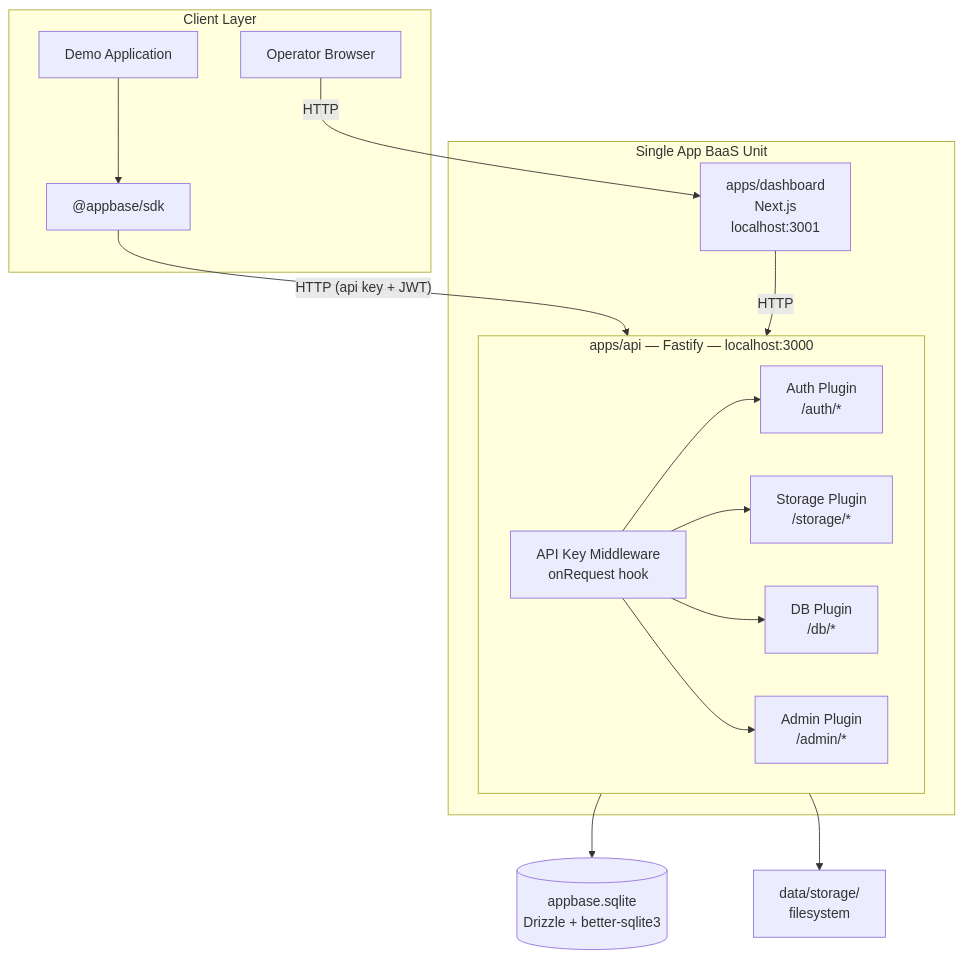
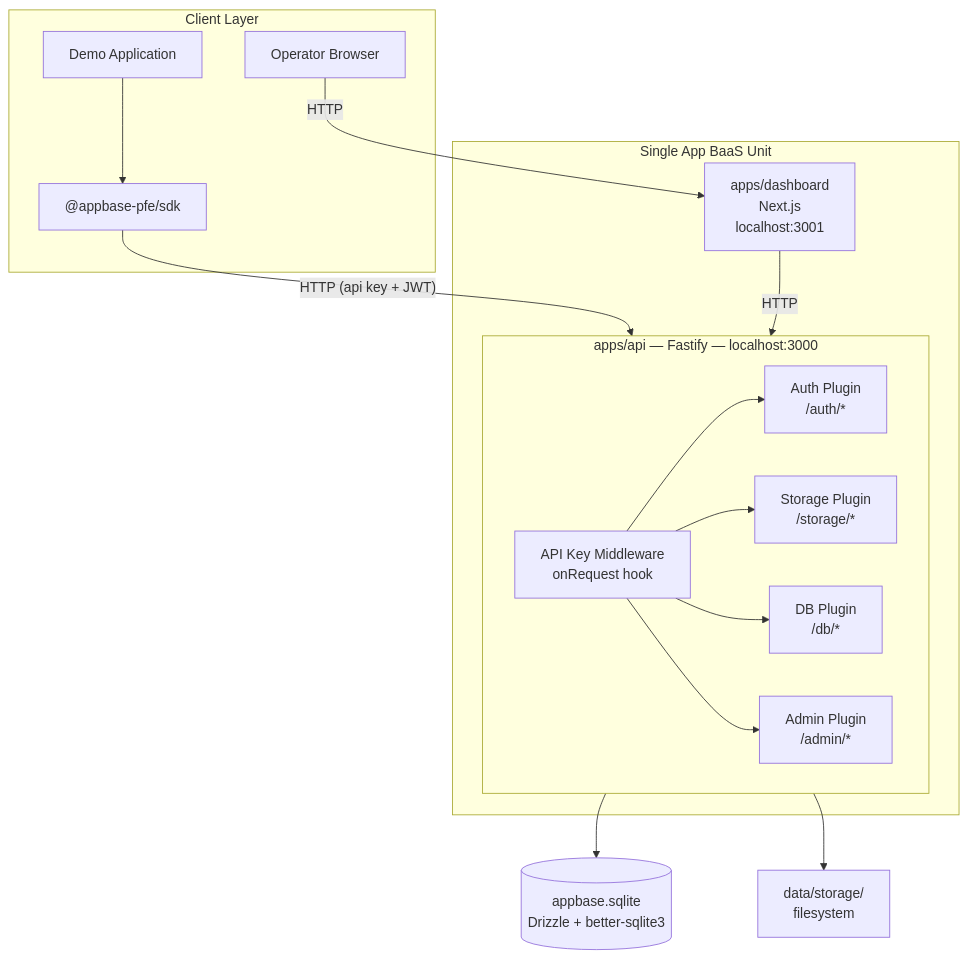
One commit to NabilMouzouna/PFE-project changed the first of 6 diagrams in docs/ARCHITECTURE.md. Above: the diagram before and after it, drawn with Mermaid. The commit also changed other lines of this file and 58 other files, not shown here.

Commit message:
BREAKING CHANGE: renaming appbase to appbase-pfe because the name was taken

````diff
--- a/docs/ARCHITECTURE.md
+++ b/docs/ARCHITECTURE.md
@@ -41,33 +41,33 @@
 ```mermaid
 flowchart TB
     subgraph clients [Client Layer]
         operator[Operator Browser]
         demoApp[Demo Application]
-        sdk["@appbase/sdk"]
+        sdk["@appbase-pfe/sdk"]
     end
 
     subgraph baas [Single App BaaS Unit]
         dash[apps/dashboard\nNext.js\nlocalhost:3001]
         subgraph api [apps/api — Fastify — localhost:3000]
             mw[API Key Middleware\nonRequest hook]
             auth[Auth Plugin\n/auth/*]
             storage[Storage Plugin\n/storage/*]
             db[DB Plugin\n/db/*]
             admin[Admin Plugin\n/admin/*]
             mw --> auth
             mw --> storage
             mw --> db
             mw --> admin
         end
     end
 
     sqlite[(appbase.sqlite\nDrizzle + better-sqlite3)]
     fs[data/storage/\nfilesystem]
 
     sdk -->|"HTTP (api key + JWT)"| api
     demoApp --> sdk
     operator -->|HTTP| dash
     dash -->|HTTP| api
     api --> sqlite
     api --> fs
 ```
````
